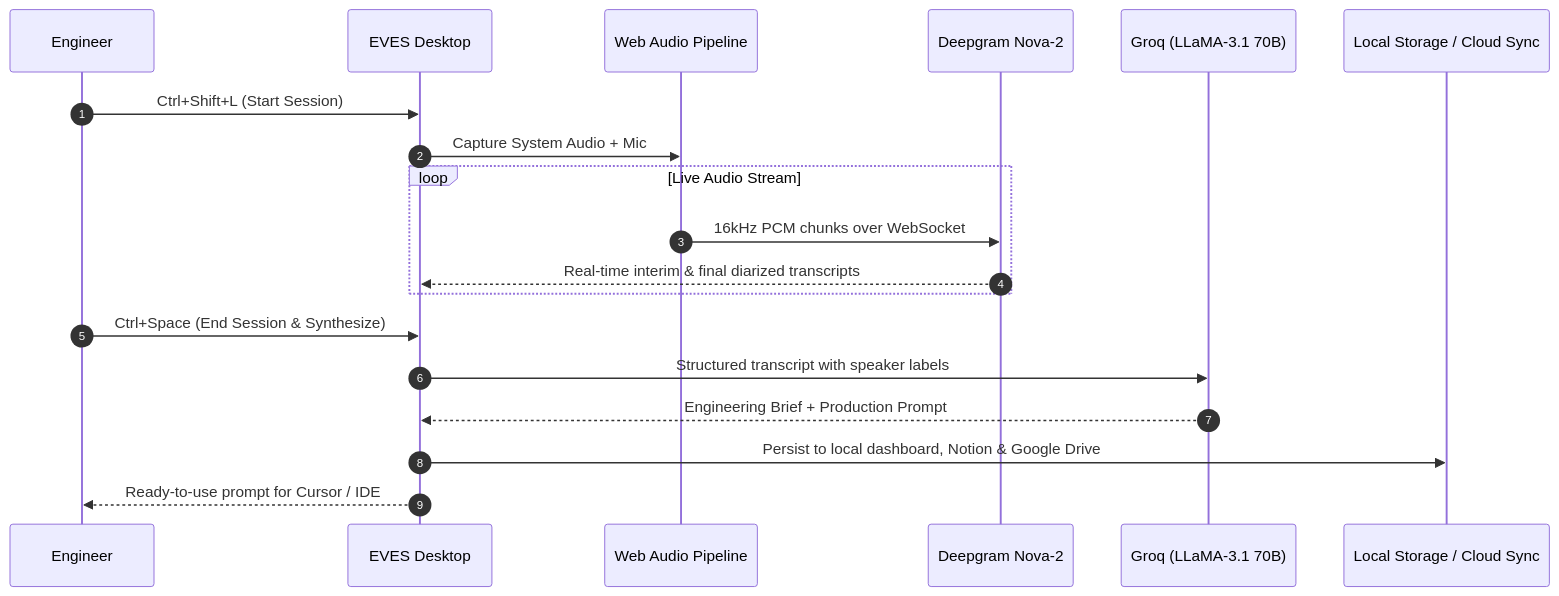
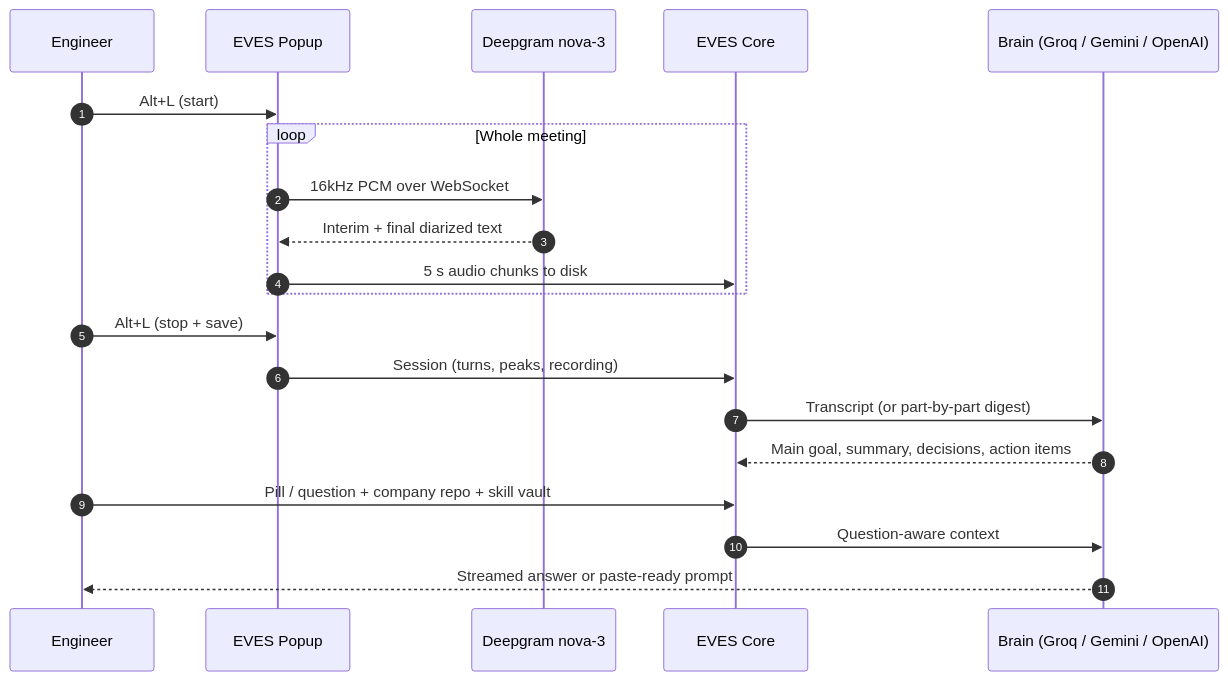
One commit to SHAILESH-RS-UPADHYAY/eves changed the diagram in README.md. Above: the diagram before and after it, drawn with Mermaid. The commit also changed other lines of this file and 35 other files, not shown here.

````diff
--- a/README.md
+++ b/README.md
@@ -69,22 +86,23 @@
 ```mermaid
 sequenceDiagram
     autonumber
     participant Dev as Engineer
-    participant App as EVES Desktop
-    participant Audio as Web Audio Pipeline
-    participant DG as Deepgram Nova-2
-    participant GQ as Groq (LLaMA-3.1 70B)
-    participant Store as Local Storage / Cloud Sync
+    participant Pop as EVES Popup
+    participant DG as Deepgram nova-3
+    participant Core as EVES Core
+    participant AI as Brain (Groq / Gemini / OpenAI)
 
-    Dev->>App: Ctrl+Shift+L (Start Session)
-    App->>Audio: Capture System Audio + Mic
-    loop Live Audio Stream
-        Audio->>DG: 16kHz PCM chunks over WebSocket
-        DG-->>App: Real-time interim & final diarized transcripts
+    Dev->>Pop: Alt+L (start)
+    loop Whole meeting
+        Pop->>DG: 16kHz PCM over WebSocket
+        DG-->>Pop: Interim + final diarized text
+        Pop->>Core: 5 s audio chunks to disk
     end
-    Dev->>App: Ctrl+Space (End Session & Synthesize)
-    App->>GQ: Structured transcript with speaker labels
-    GQ-->>App: Engineering Brief + Production Prompt
-    App->>Store: Persist to local dashboard, Notion & Google Drive
-    App-->>Dev: Ready-to-use prompt for Cursor / IDE
+    Dev->>Pop: Alt+L (stop + save)
+    Pop->>Core: Session (turns, peaks, recording)
+    Core->>AI: Transcript (or part-by-part digest)
+    AI-->>Core: Main goal, summary, decisions, action items
+    Dev->>Core: Pill / question + company repo + skill vault
+    Core->>AI: Question-aware context
+    AI-->>Dev: Streamed answer or paste-ready prompt
 ```
````
